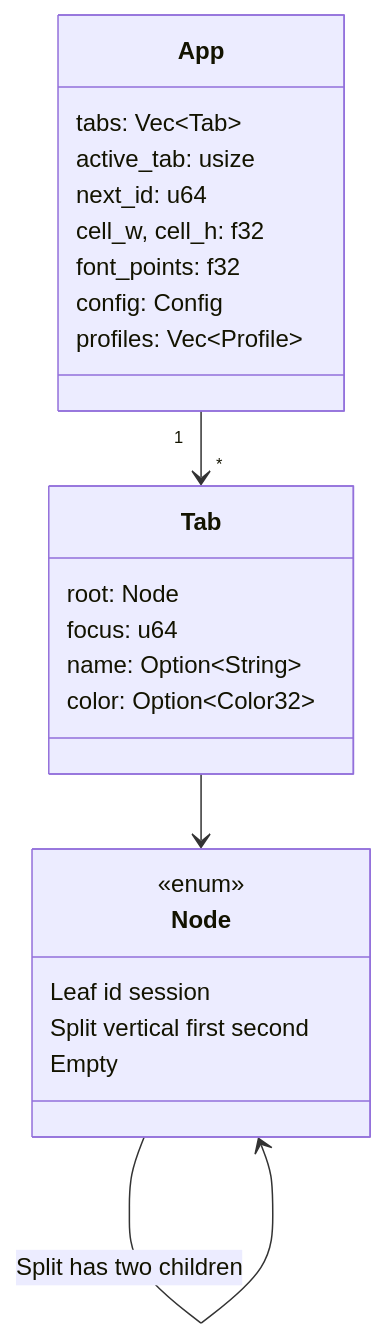
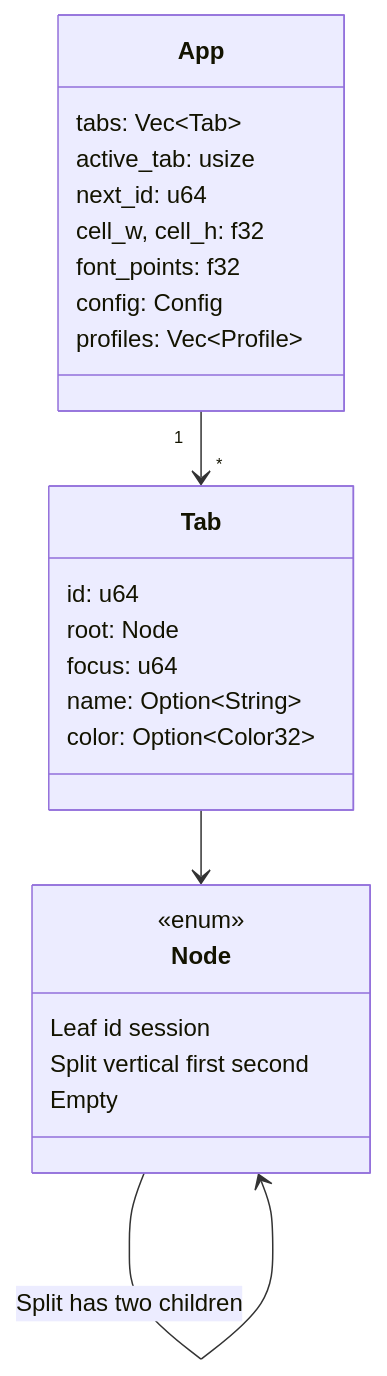
One commit to stvnksslr/geist changed the first of 4 diagrams in docs/components/app.md. Above: the diagram before and after it, drawn with Mermaid. The commit also changed other lines of this file and 10 other files, not shown here.

````diff
--- a/docs/components/app.md
+++ b/docs/components/app.md
@@ -21,27 +21,28 @@
 ```mermaid
 classDiagram
     class App {
         tabs: Vec~Tab~
         active_tab: usize
         next_id: u64
         cell_w, cell_h: f32
         font_points: f32
         config: Config
         profiles: Vec~Profile~
     }
     class Tab {
+        id: u64
         root: Node
         focus: u64
         name: Option~String~
         color: Option~Color32~
     }
     class Node {
         <<enum>>
         Leaf id session
         Split vertical first second
         Empty
     }
     App "1" --> "*" Tab
     Tab --> Node
     Node --> Node : Split has two children
 ```
````
